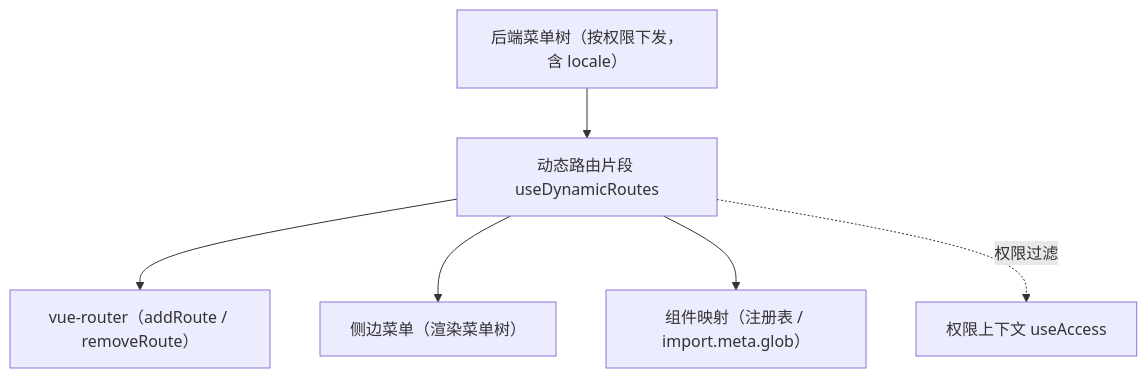
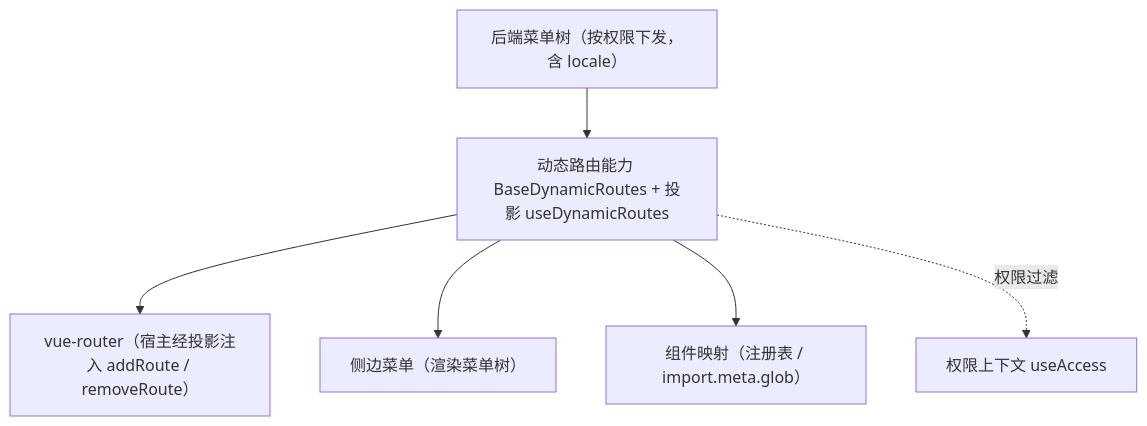
Before and after one commit to minjian123/basic-management-system: the diagram in bms文档/设计/组件设计/02_基础组件类/02_能力片段/20_组件设计_动态路由片段/20_组件设计_动态路由片段.md, drawn with Mermaid. The commit also changed other lines of this file and 49 other files, not shown here.

````diff
--- a/bms文档/设计/组件设计/02_基础组件类/02_能力片段/20_组件设计_动态路由片段/20_组件设计_动态路由片段.md
+++ b/bms文档/设计/组件设计/02_基础组件类/02_能力片段/20_组件设计_动态路由片段/20_组件设计_动态路由片段.md
@@ -15,8 +15,8 @@
 ```mermaid
 flowchart TD
-    M["后端菜单树（按权限下发，含 locale）"] --> DR["动态路由片段 useDynamicRoutes"]
-    DR --> R["vue-router（addRoute / removeRoute）"]
+    M["后端菜单树（按权限下发，含 locale）"] --> DR["动态路由能力 BaseDynamicRoutes + 投影 useDynamicRoutes"]
+    DR --> R["vue-router（宿主经投影注入 addRoute / removeRoute）"]
     DR --> S["侧边菜单（渲染菜单树）"]
     DR --> V["组件映射（注册表 / import.meta.glob）"]
     DR -. 权限过滤 .-> A["权限上下文 useAccess"]
 ```
````
